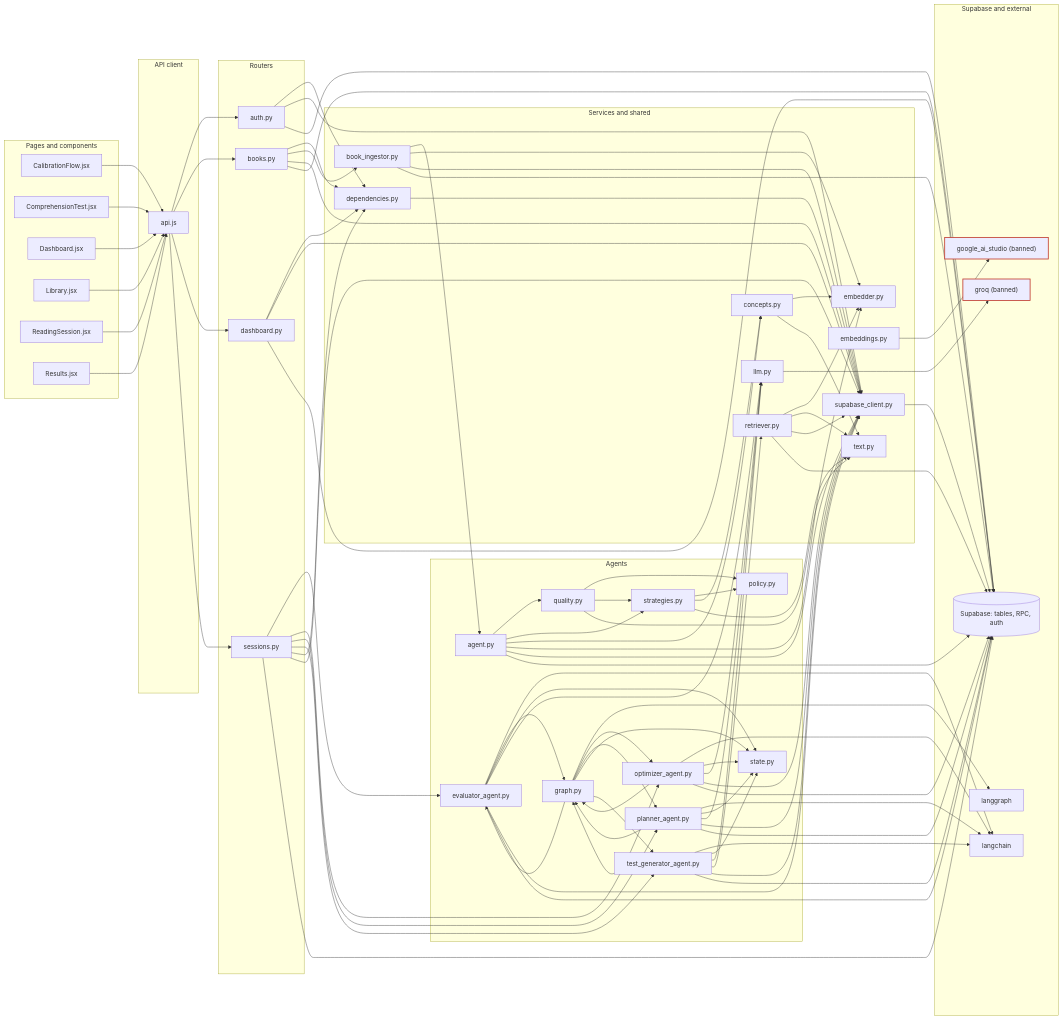
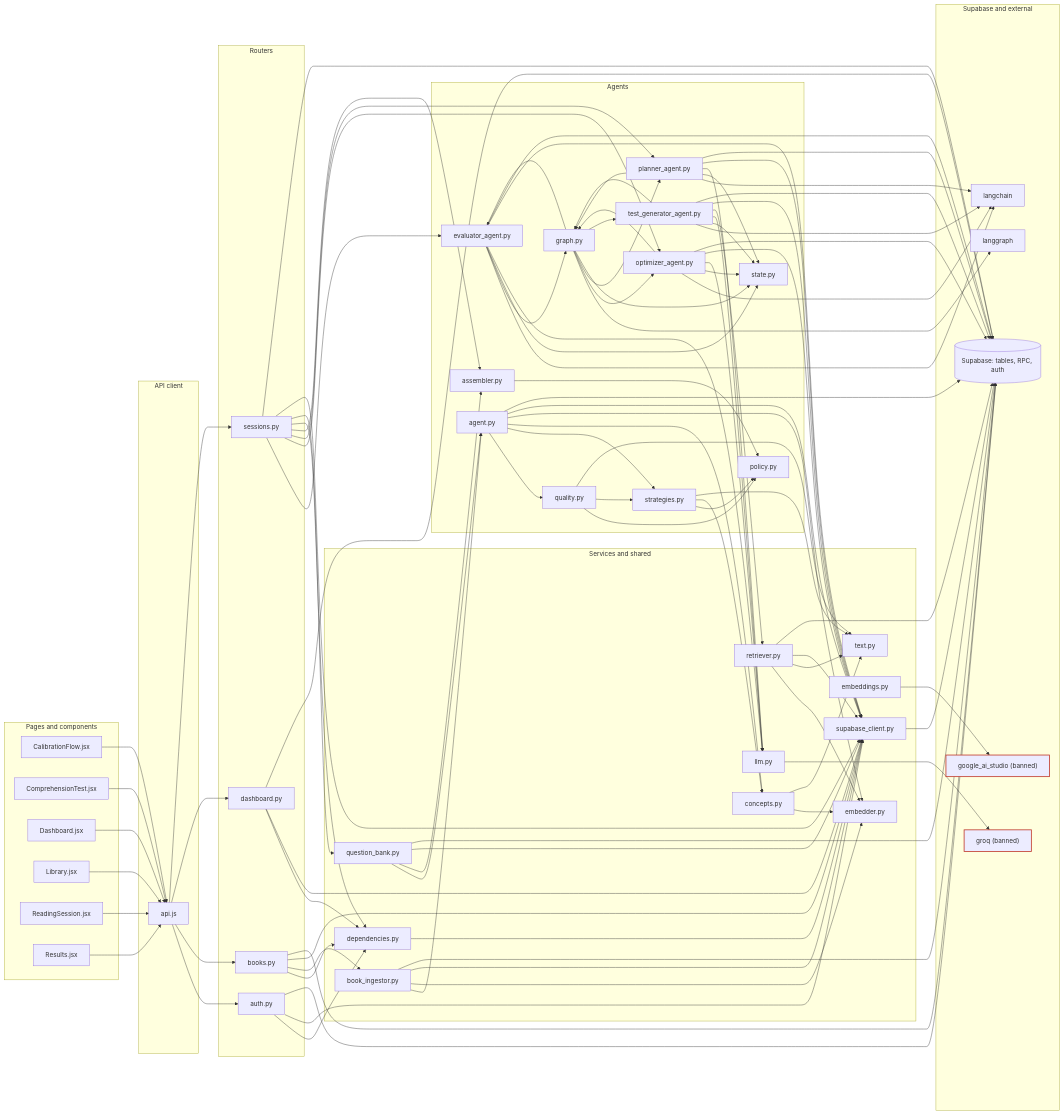
One commit to asparagusD/readfocus changed the first of 2 diagrams in docs/repo-graph/REPO_MAP.md. Above: the diagram before and after it, drawn with Mermaid. The commit also changed other lines of this file and 12 other files, not shown here.

First line of the commit message:
feat(api): assemble session tests from precomputed question bank

```diff
--- a/docs/repo-graph/REPO_MAP.md
+++ b/docs/repo-graph/REPO_MAP.md
@@ -36,6 +36,7 @@
     file_backend_agents_planner_agent_py["planner_agent.py"]
     file_backend_agents_policy_py["policy.py"]
     file_backend_agents_question_generation_agent_py["agent.py"]
+    file_backend_agents_question_generation_assembler_py["assembler.py"]
     file_backend_agents_question_generation_quality_py["quality.py"]
     file_backend_agents_question_generation_strategies_py["strategies.py"]
     file_backend_agents_state_py["state.py"]
@@ -49,6 +50,7 @@
     file_backend_services_book_ingestor_py["book_ingestor.py"]
     file_backend_services_embeddings_py["embeddings.py"]
     file_backend_services_llm_py["llm.py"]
+    file_backend_services_question_bank_py["question_bank.py"]
     file_backend_services_retriever_py["retriever.py"]
     file_backend_services_supabase_client_py["supabase_client.py"]
   end
@@ -89,6 +91,7 @@
   file_backend_agents_question_generation_agent_py --> file_backend_nlp_embedder_py
   file_backend_agents_question_generation_agent_py --> file_backend_services_supabase_client_py
   file_backend_agents_question_generation_agent_py --> supabase
+  file_backend_agents_question_generation_assembler_py --> file_backend_agents_policy_py
   file_backend_agents_question_generation_quality_py --> file_backend_agents_policy_py
   file_backend_agents_question_generation_quality_py --> file_backend_agents_question_generation_strategies_py
   file_backend_agents_question_generation_quality_py --> file_backend_nlp_text_py
@@ -118,8 +121,9 @@
   file_backend_routers_sessions_py --> file_backend_agents_evaluator_agent_py
   file_backend_routers_sessions_py --> file_backend_agents_optimizer_agent_py
   file_backend_routers_sessions_py --> file_backend_agents_planner_agent_py
-  file_backend_routers_sessions_py --> file_backend_agents_test_generator_agent_py
+  file_backend_routers_sessions_py --> file_backend_agents_question_generation_assembler_py
   file_backend_routers_sessions_py --> file_backend_dependencies_py
+  file_backend_routers_sessions_py --> file_backend_services_question_bank_py
   file_backend_routers_sessions_py --> file_backend_services_supabase_client_py
   file_backend_routers_sessions_py --> supabase
   file_backend_services_book_ingestor_py --> file_backend_agents_question_generation_agent_py
@@ -128,6 +132,10 @@
   file_backend_services_book_ingestor_py --> supabase
   file_backend_services_embeddings_py --> external_google_ai_studio
   file_backend_services_llm_py --> external_groq
+  file_backend_services_question_bank_py --> file_backend_agents_question_generation_agent_py
+  file_backend_services_question_bank_py --> file_backend_agents_question_generation_assembler_py
+  file_backend_services_question_bank_py --> file_backend_services_supabase_client_py
+  file_backend_services_question_bank_py --> supabase
   file_backend_services_retriever_py --> file_backend_nlp_embedder_py
   file_backend_services_retriever_py --> file_backend_nlp_text_py
   file_backend_services_retriever_py --> file_backend_services_supabase_client_py
```
